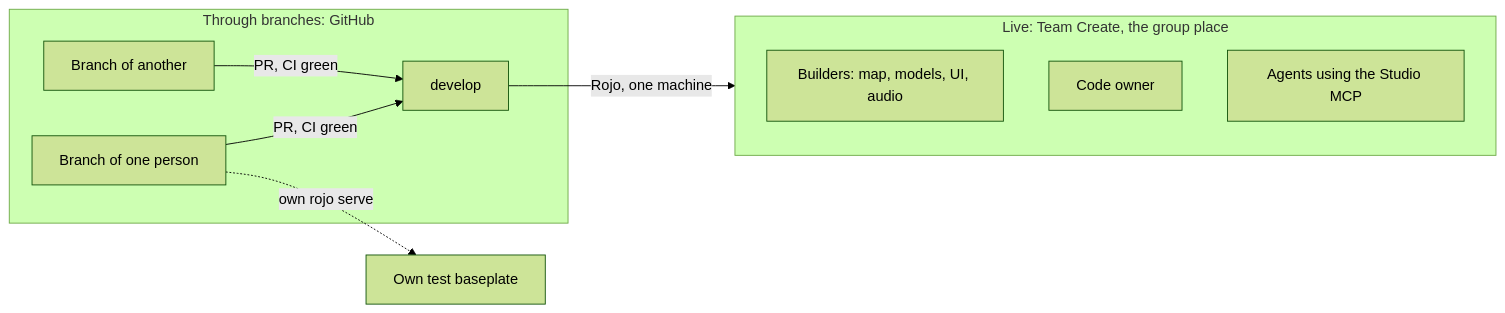
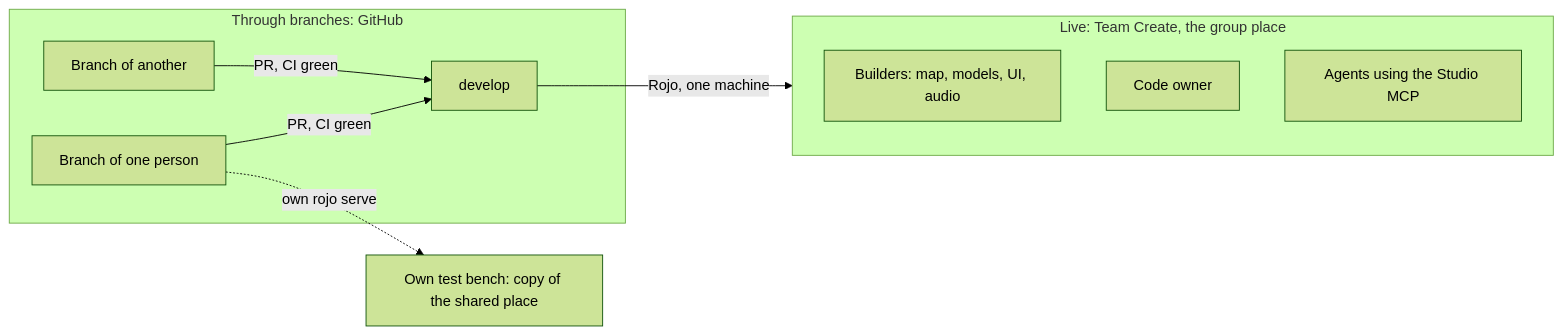
One commit to Nashei-Studios/roblox-game-template changed the diagram in docs/live-vs-branches.md. Above: the diagram before and after it, drawn with Mermaid (forest theme). The commit also changed other lines of this file, not shown here.

Commit message:
docs(live-vs-branches): document the shared place and per-person test bench flow

````diff
--- a/docs/live-vs-branches.md
+++ b/docs/live-vs-branches.md
@@ -7,14 +9,14 @@
 ```mermaid
 flowchart LR
   subgraph Live["Live: Team Create, the group place"]
     A[Builders: map, models, UI, audio]
     B[Code owner]
     C[Agents using the Studio MCP]
   end
   subgraph Branches["Through branches: GitHub"]
     R1[Branch of one person] -->|PR, CI green| D[develop]
     R2[Branch of another] -->|PR, CI green| D
   end
   D -->|Rojo, one machine| Live
-  R1 -.->|own rojo serve| T[Own test baseplate]
+  R1 -.->|own rojo serve| T[Own test bench: copy of the shared place]
 ```
````
